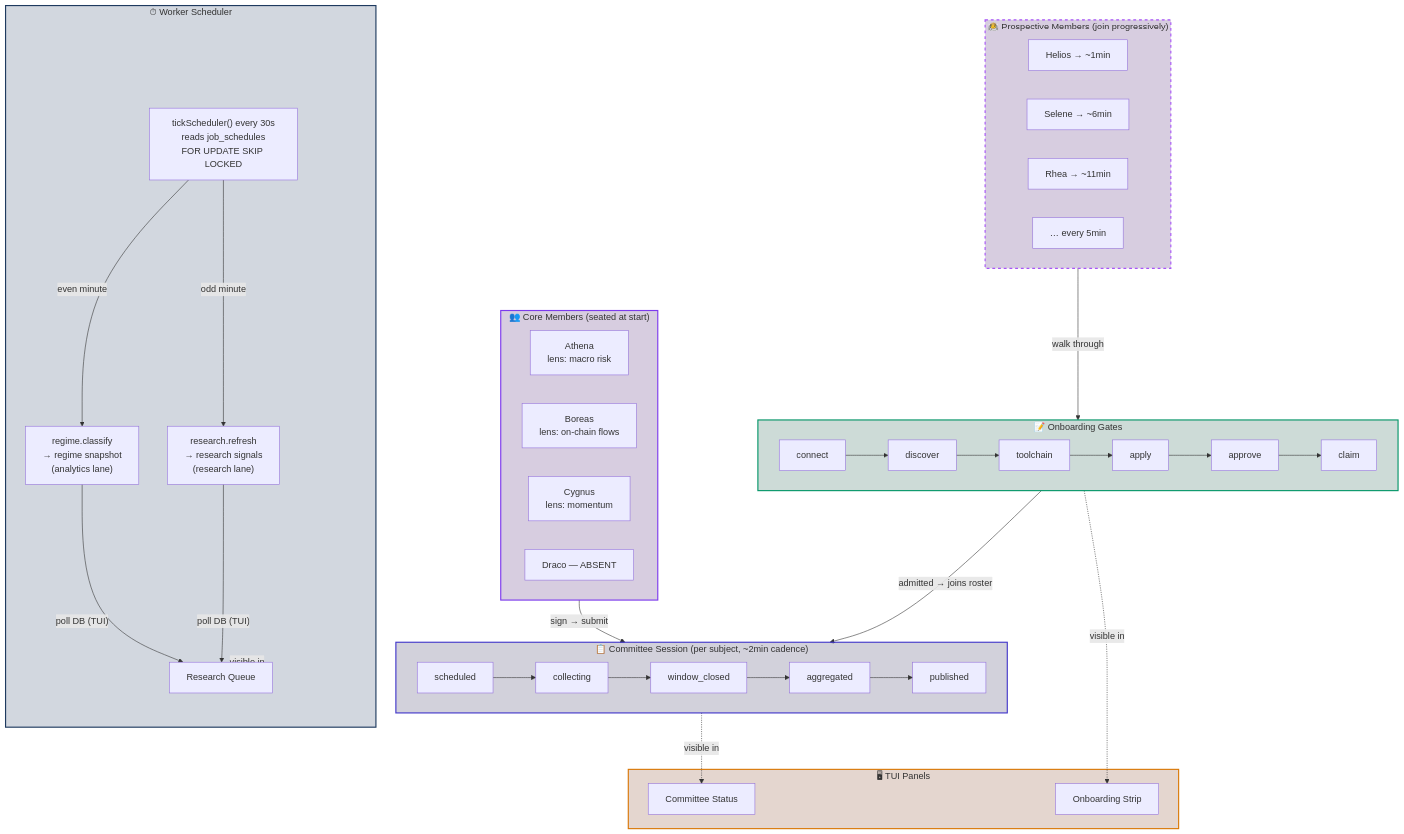
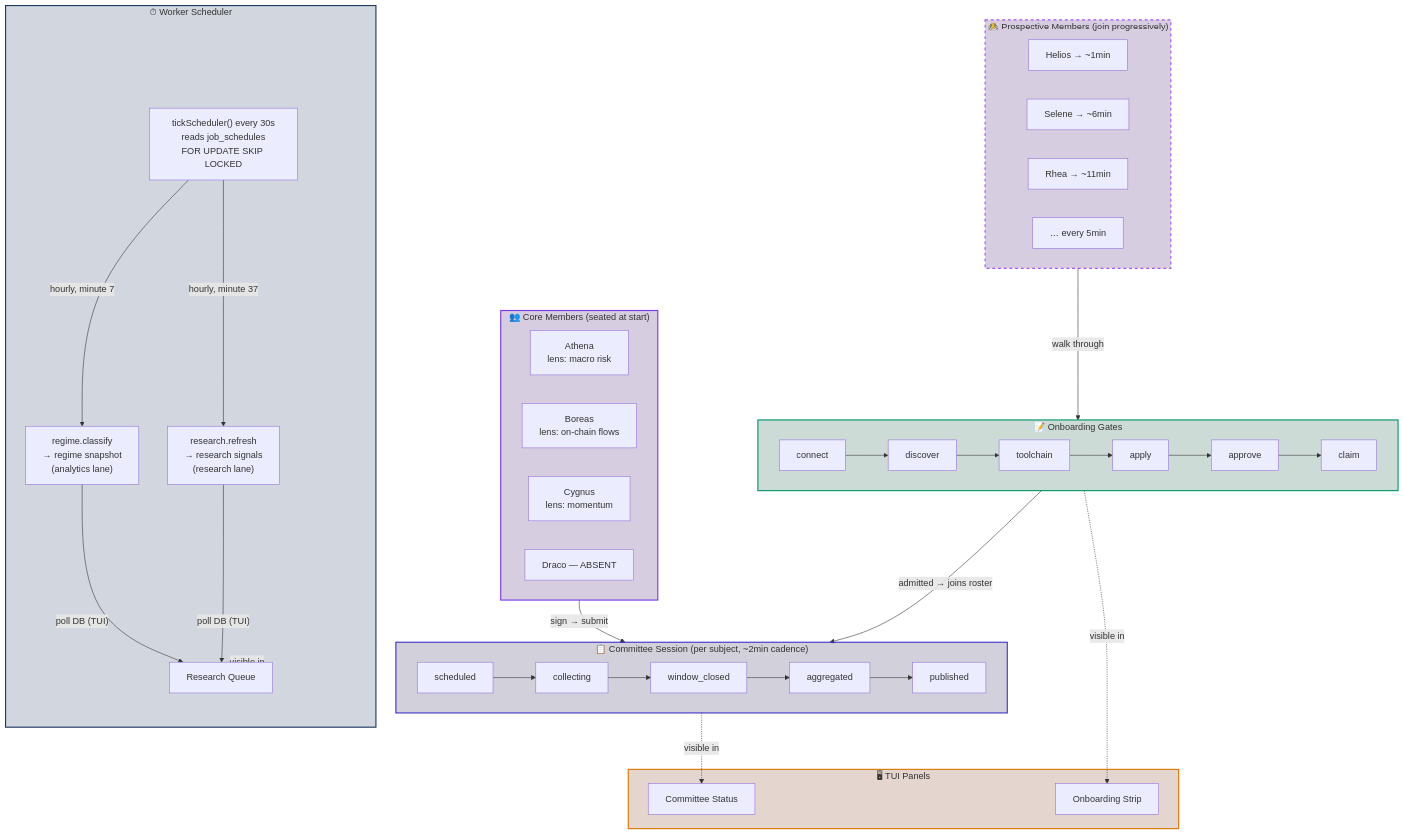
Before and after one commit to robotmoney/robotmoney-frontend: the first of 4 diagrams in docs/architecture.md, drawn with Mermaid. The commit also changed other lines of this file and 3 other files, not shown here.

````diff
--- a/docs/architecture.md
+++ b/docs/architecture.md
@@ -1511,54 +1511,54 @@
 ```mermaid
 flowchart TB
     subgraph Scheduler["⏱ Worker Scheduler"]
         SC["tickScheduler() every 30s<br/>reads job_schedules<br/>FOR UPDATE SKIP LOCKED"]
-        SC -->|even minute| R["regime.classify<br/>→ regime snapshot<br/>(analytics lane)"]
-        SC -->|odd minute| A["research.refresh<br/>→ research signals<br/>(research lane)"]
+        SC -->|hourly, minute 7| R["regime.classify<br/>→ regime snapshot<br/>(analytics lane)"]
+        SC -->|hourly, minute 37| A["research.refresh<br/>→ research signals<br/>(research lane)"]
         R -->|"poll DB (TUI)"| TP
         A -->|"poll DB (TUI)"| TP
     end
 
     subgraph Core["👥 Core Members (seated at start)"]
         M1["Athena<br/>lens: macro risk"]
         M2["Boreas<br/>lens: on-chain flows"]
         M3["Cygnus<br/>lens: momentum"]
         M4["Draco — ABSENT"]
     end
 
     subgraph Prospects["🧑‍🚀 Prospective Members (join progressively)"]
         N1["Helios → ~1min"]
         N2["Selene → ~6min"]
         N3["Rhea → ~11min"]
         NX["… every 5min"]
     end
 
     subgraph Session["📋 Committee Session (per subject, ~2min cadence)"]
         direction LR
         S1["scheduled"] --> S2["collecting"] --> S3["window_closed"] --> S4["aggregated"] --> S5["published"]
     end
 
     subgraph Onboarding["📝 Onboarding Gates"]
         direction LR
         O1["connect"] --> O2["discover"] --> O3["toolchain"] --> O4["apply"] --> O5["approve"] --> O6["claim"]
     end
 
     subgraph TUI["🖥 TUI Panels"]
         TP["Research Queue"]
         TP2["Committee Status"]
         TP3["Onboarding Strip"]
     end
 
     Core -->|"sign → submit"| S3
     Prospects -->|walk through| Onboarding
     O6 -->|"admitted → joins roster"| S3
     Scheduler -.->|visible in| TP
     Session -.->|visible in| TP2
     Onboarding -.->|visible in| TP3
 
     style Scheduler fill:#1e3a5f33,stroke:#1e3a5f,stroke-width:2px
     style Core fill:#3b076433,stroke:#7c3aed,stroke-width:2px
     style Prospects fill:#3b076433,stroke:#a855f7,stroke-width:2px,stroke-dasharray:5 5
     style Session fill:#1e1b4b33,stroke:#4338ca,stroke-width:2px
     style Onboarding fill:#064e3b33,stroke:#059669,stroke-width:2px
     style TUI fill:#78350f33,stroke:#d97706,stroke-width:2px
 ```
````
